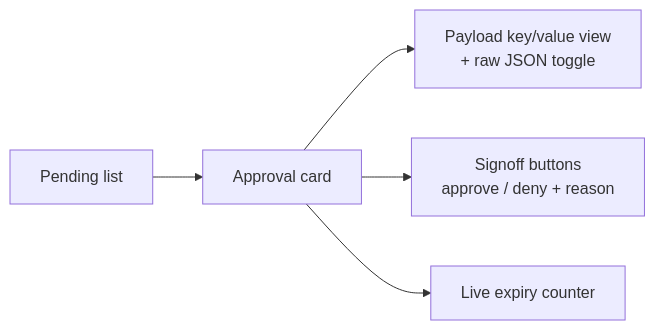
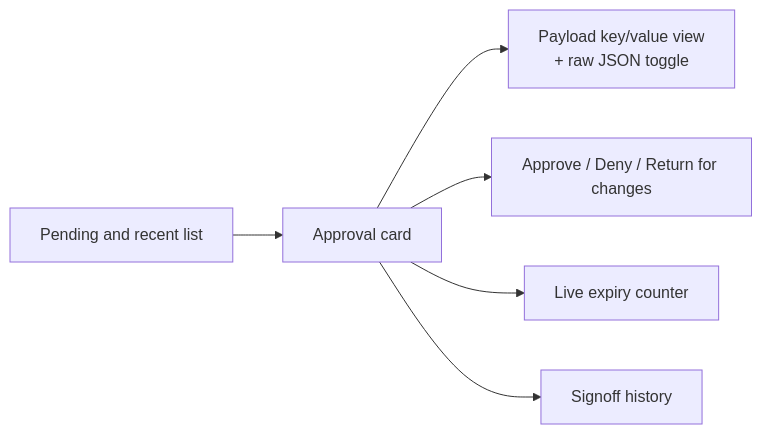
One commit to sarkar4777/abenix changed the third of 3 diagrams in docs/02-runtime/05-approvals-hitl.md. Above: the diagram before and after it, drawn with Mermaid. The commit also changed other lines of this file and 288 other files, not shown here.

````diff
--- a/docs/02-runtime/05-approvals-hitl.md
+++ b/docs/02-runtime/05-approvals-hitl.md
@@ -203,7 +279,8 @@
 ```mermaid
 flowchart LR
-  L[Pending list] --> C[Approval card]
+  L[Pending and recent list] --> C[Approval card]
   C --> P[Payload key/value view<br/>+ raw JSON toggle]
-  C --> S[Signoff buttons<br/>approve / deny + reason]
+  C --> S[Approve / Deny / Return for changes]
   C --> E[Live expiry counter]
+  C --> H[Signoff history]
 ```
````
